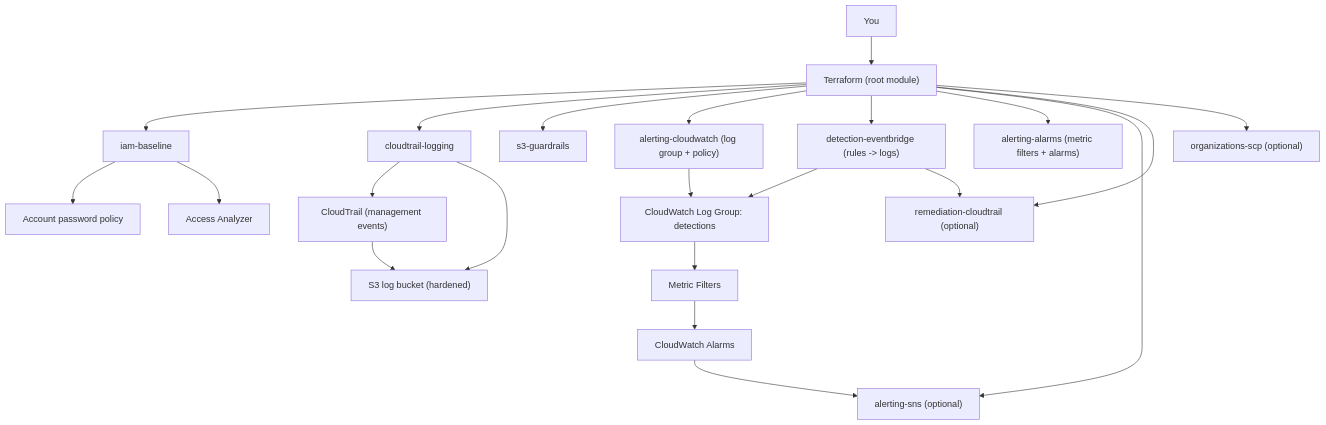
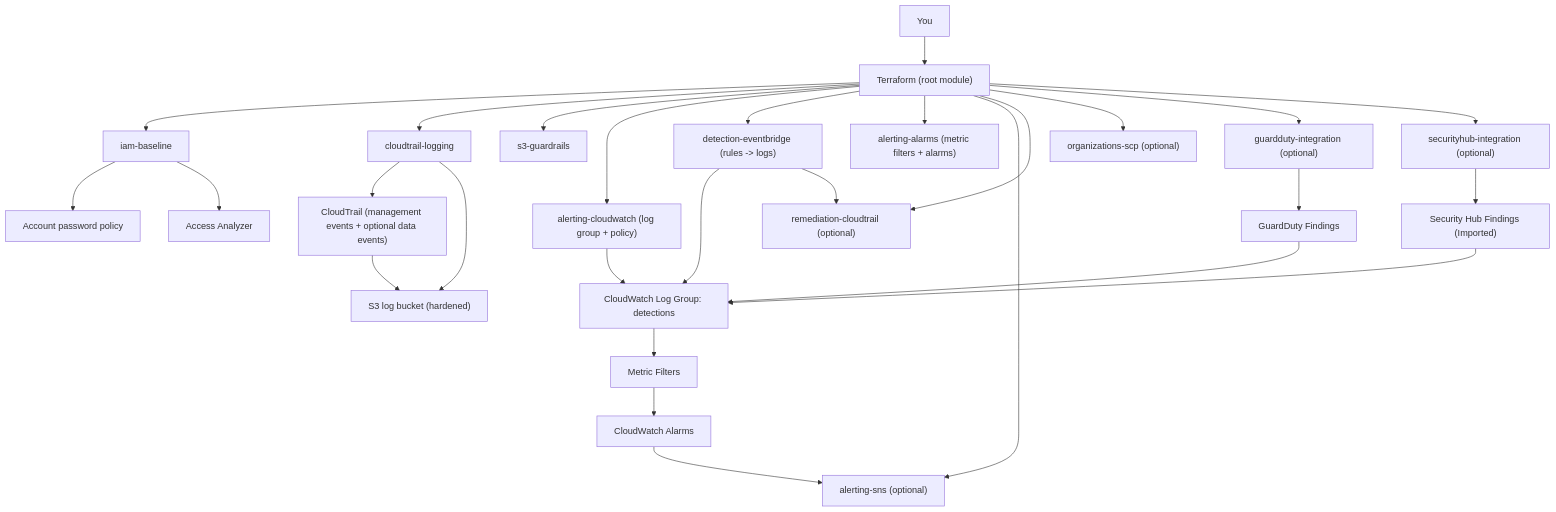
One commit to Hydrojak/aws-cloud-hardening-baseline changed the diagram in README.md. Above: the diagram before and after it, drawn with Mermaid. The commit also changed other lines of this file, not shown here.

First line of the commit message:
docs(readme): update architecture and config for optional data events, GuardDuty and Security Hub

````diff
--- a/README.md
+++ b/README.md
@@ -100,32 +108,40 @@
 ```mermaid
 flowchart TB
   Dev["You"] --> TF["Terraform (root module)"]
 
   TF --> IAM["iam-baseline"]
   TF --> CTL["cloudtrail-logging"]
   TF --> GR["s3-guardrails"]
 
   TF --> CW["alerting-cloudwatch (log group + policy)"]
   TF --> EB["detection-eventbridge (rules -> logs)"]
   TF --> AL["alerting-alarms (metric filters + alarms)"]
   TF --> SNS["alerting-sns (optional)"]
 
   TF --> REM["remediation-cloudtrail (optional)"]
   TF --> SCP["organizations-scp (optional)"]
+  TF --> GD["guardduty-integration (optional)"]
+  TF --> SH["securityhub-integration (optional)"]
 
   IAM --> PP["Account password policy"]
   IAM --> AA["Access Analyzer"]
 
-  CTL --> CT["CloudTrail (management events)"]
+  CTL --> CT["CloudTrail (management events + optional data events)"]
   CTL --> S3["S3 log bucket (hardened)"]
   CT --> S3
 
   EB --> CWL["CloudWatch Log Group: detections"]
   CW --> CWL
 
+  GD --> GDF["GuardDuty Findings"]
+  SH --> SHF["Security Hub Findings (Imported)"]
+  GDF --> CWL
+  SHF --> CWL
+
   CWL --> MF["Metric Filters"]
   MF --> A["CloudWatch Alarms"]
   A --> SNS
 
   EB --> REM
+
 ```
````
